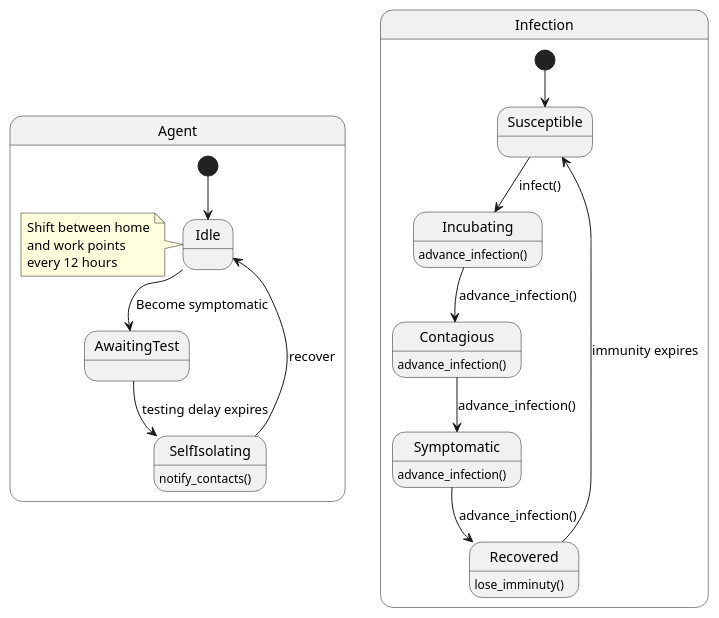
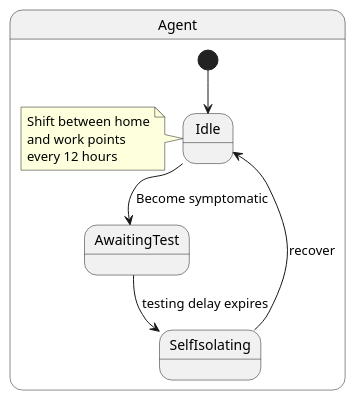
The diagram in doc/uml/src/self-isolating.puml (JoshuaSFryer/multi-agent-sim), drawn with PlantUML before and after one commit. The commit also changed 3 other files, not shown here.

Commit message:
Update UML

```diff
--- a/doc/uml/src/self-isolating.puml
+++ b/doc/uml/src/self-isolating.puml
@@ -1,29 +1,16 @@
 @startuml Mode_2_Self_Isolating
 
 state Agent {
     [*] --> Idle
     note left of Idle
         Shift between home
         and work points
         every 12 hours
     end note
     Idle --> AwaitingTest : Become symptomatic
     AwaitingTest --> SelfIsolating : testing delay expires
     SelfIsolating --> Idle : recover
-    SelfIsolating : notify_contacts()
-}
-    
-state Infection {
-    [*] --> Susceptible
-    Susceptible --> Incubating : infect()
-    Incubating : advance_infection()
-    Incubating --> Contagious : advance_infection()
-    Contagious : advance_infection()
-    Contagious --> Symptomatic : advance_infection()
-    Symptomatic : advance_infection()
-    Symptomatic --> Recovered : advance_infection()
-    Recovered: lose_imminuty()
-    Recovered --> Susceptible : immunity expires
+    ' SelfIsolating : notify_contacts()
 }
 
 @enduml
```
